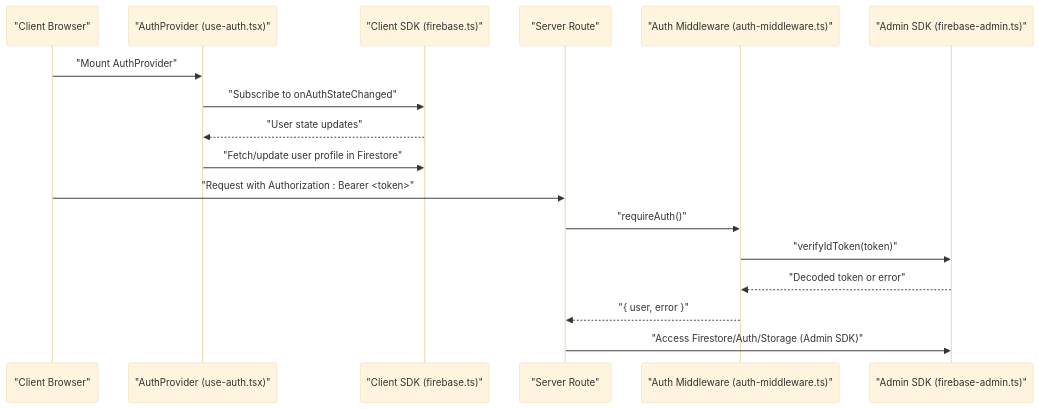
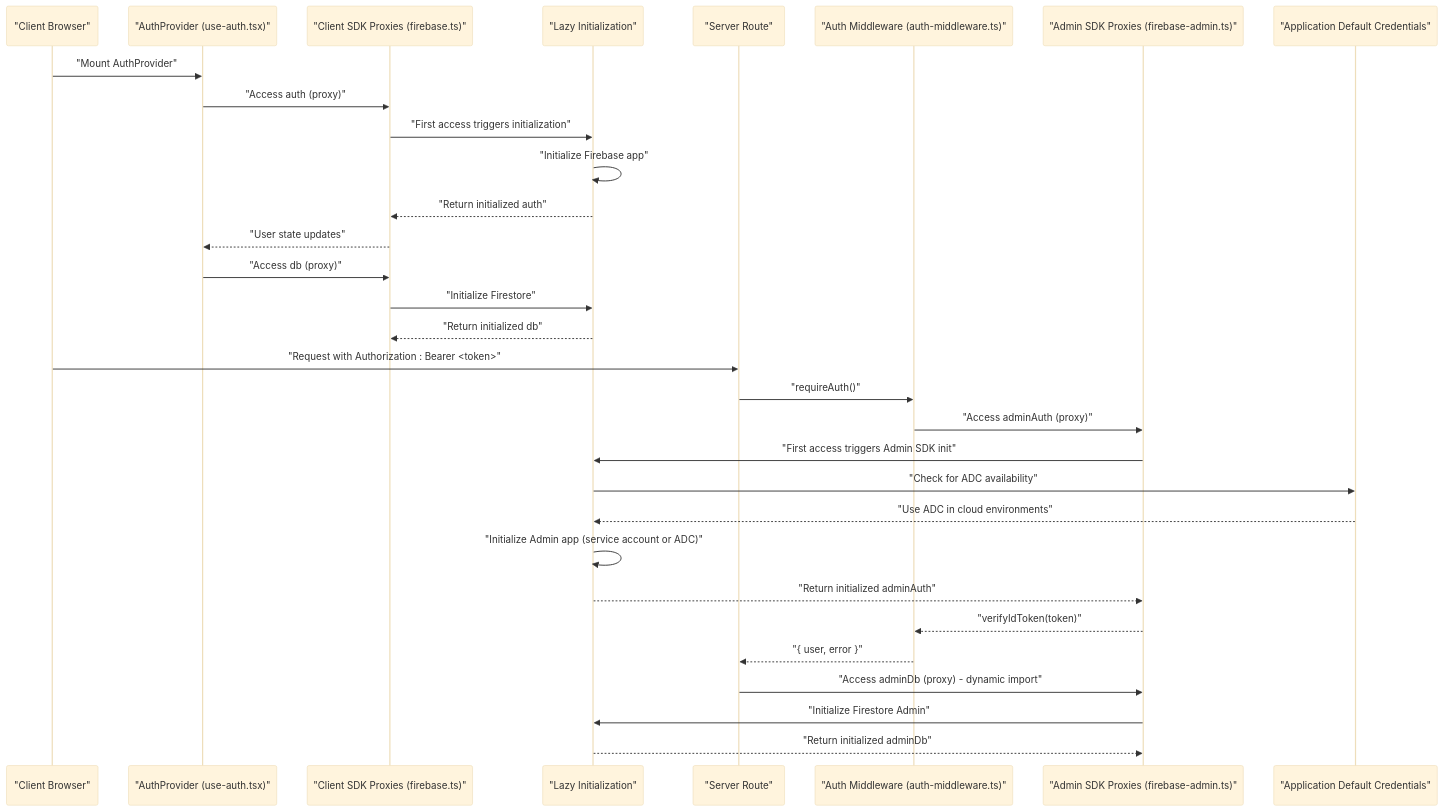
The second of 10 diagrams in .qoder/repowiki/en/content/Authentication System/Firebase Integration.md (alikizang/datafrica), drawn with Mermaid (base theme) before and after one commit. The commit also changed other lines of this file and 23 other files, not shown here.

````diff
--- a/.qoder/repowiki/en/content/Authentication System/Firebase Integration.md
+++ b/.qoder/repowiki/en/content/Authentication System/Firebase Integration.md
@@ -94,19 +117,33 @@
 ```mermaid
 sequenceDiagram
 participant C as "Client Browser"
 participant P as "AuthProvider (use-auth.tsx)"
-participant CL as "Client SDK (firebase.ts)"
+participant CL as "Client SDK Proxies (firebase.ts)"
+participant LAZY as "Lazy Initialization"
 participant S as "Server Route"
 participant MW as "Auth Middleware (auth-middleware.ts)"
-participant AD as "Admin SDK (firebase-admin.ts)"
+participant AD as "Admin SDK Proxies (firebase-admin.ts)"
+participant ADC as "Application Default Credentials"
 C->>P : "Mount AuthProvider"
-P->>CL : "Subscribe to onAuthStateChanged"
+P->>CL : "Access auth (proxy)"
+CL->>LAZY : "First access triggers initialization"
+LAZY->>LAZY : "Initialize Firebase app"
+LAZY-->>CL : "Return initialized auth"
 CL-->>P : "User state updates"
-P->>CL : "Fetch/update user profile in Firestore"
+P->>CL : "Access db (proxy)"
+CL->>LAZY : "Initialize Firestore"
+LAZY-->>CL : "Return initialized db"
 C->>S : "Request with Authorization : Bearer <token>"
 S->>MW : "requireAuth()"
-MW->>AD : "verifyIdToken(token)"
-AD-->>MW : "Decoded token or error"
+MW->>AD : "Access adminAuth (proxy)"
+AD->>LAZY : "First access triggers Admin SDK init"
+LAZY->>ADC : "Check for ADC availability"
+ADC-->>LAZY : "Use ADC in cloud environments"
+LAZY->>LAZY : "Initialize Admin app (service account or ADC)"
+LAZY-->>AD : "Return initialized adminAuth"
+AD-->>MW : "verifyIdToken(token)"
 MW-->>S : "{ user, error }"
-S->>AD : "Access Firestore/Auth/Storage (Admin SDK)"
+S->>AD : "Access adminDb (proxy) - dynamic import"
+AD->>LAZY : "Initialize Firestore Admin"
+LAZY-->>AD : "Return initialized adminDb"
 ```
````
